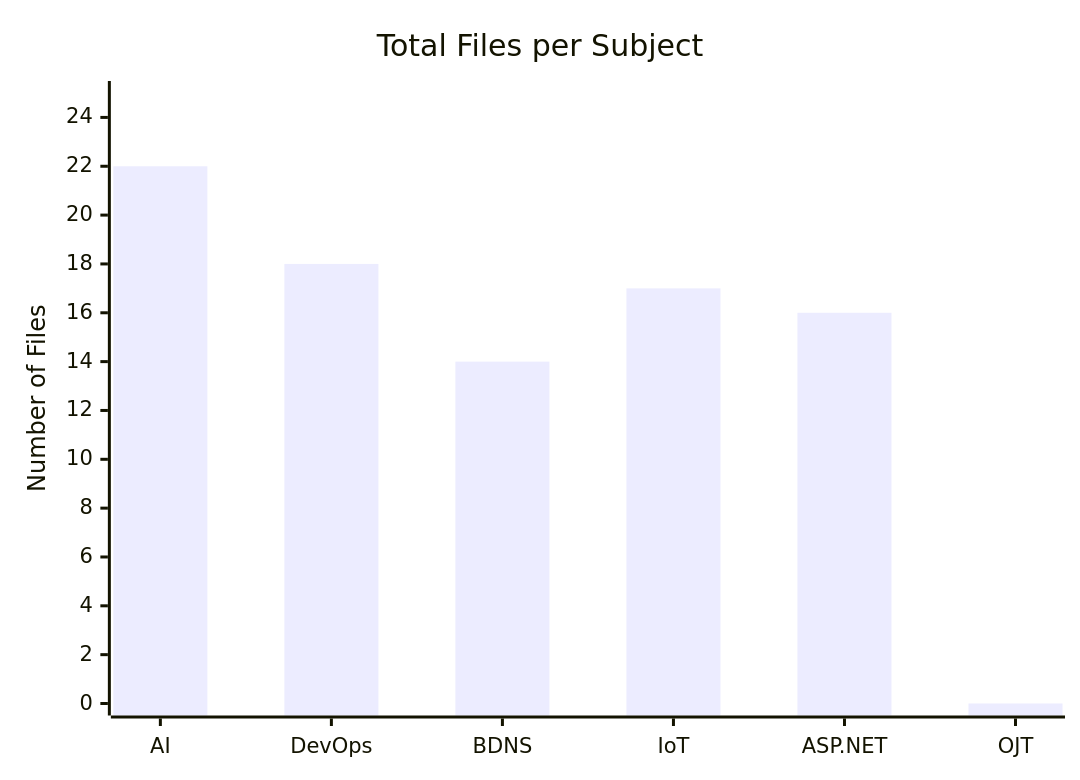
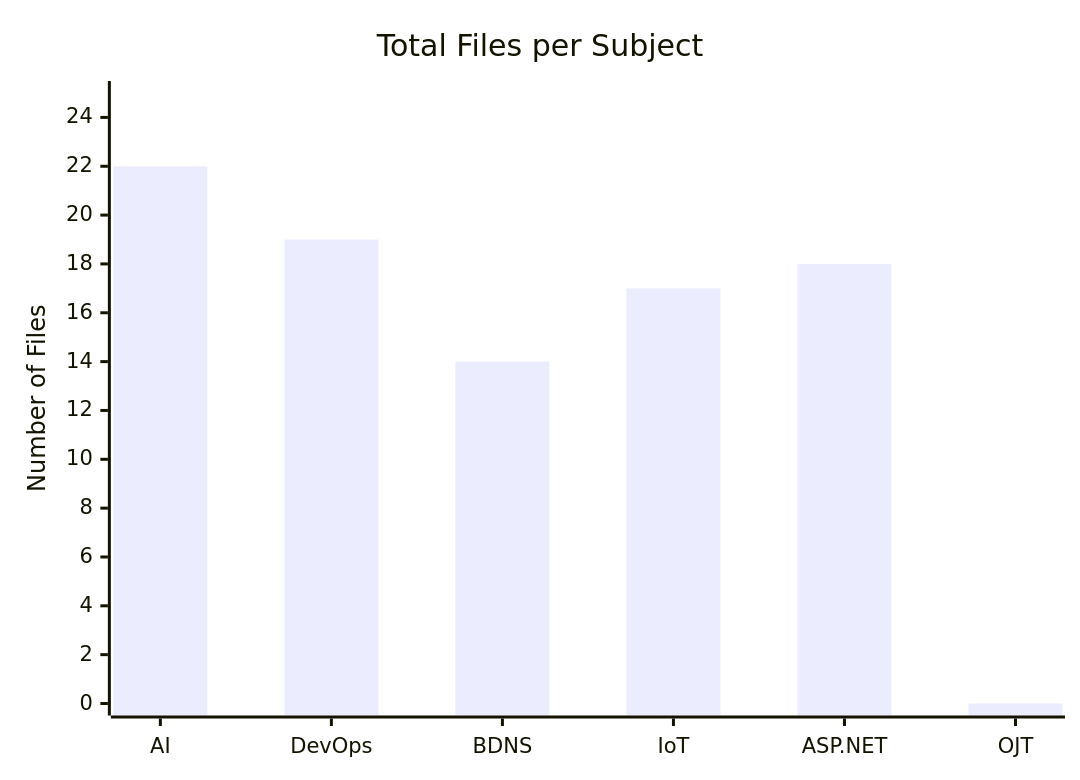
Before and after one commit to Mandar-Kshirsagar/TYIT-SEM-5: the first of 4 diagrams in README.md, drawn with Mermaid. The commit also changed other lines of this file and 4 other files, not shown here.

````diff
--- a/README.md
+++ b/README.md
@@ -24,7 +24,7 @@
 ```mermaid
 xychart-beta
     title "Total Files per Subject"
     x-axis ["AI", "DevOps", "BDNS", "IoT", "ASP.NET", "OJT"]
     y-axis "Number of Files" 0 --> 25
-    bar [22, 18, 14, 17, 16, 0]
+    bar [22, 19, 14, 17, 18, 0]
 ```
````
